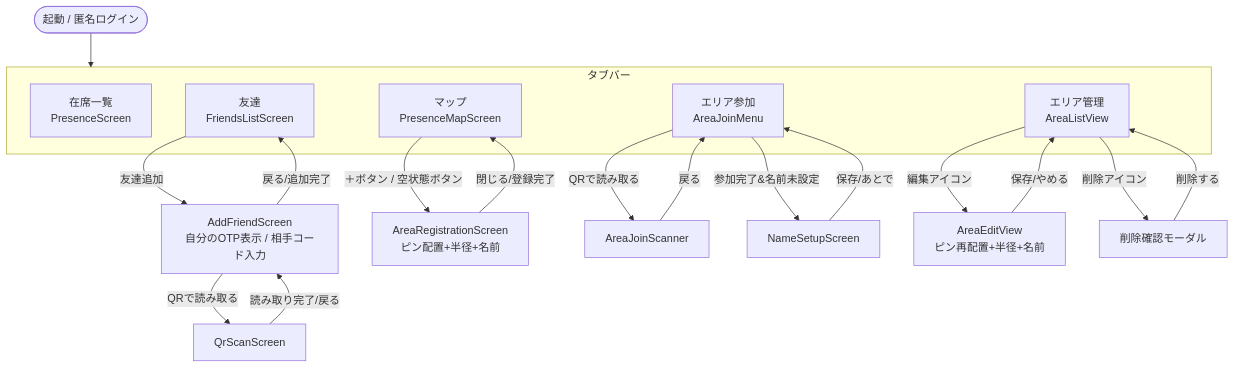
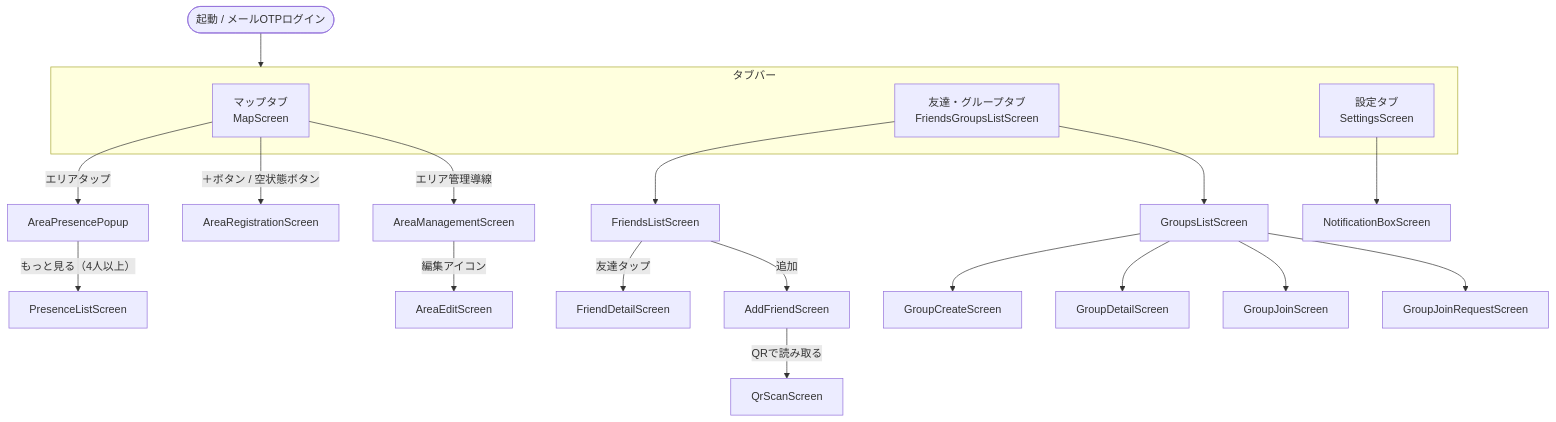
The diagram in docs/must-manual-test-checklist.md (ochi06/oruca), drawn with Mermaid before and after one commit. The commit also changed other lines of this file, not shown here.

````diff
--- a/docs/must-manual-test-checklist.md
+++ b/docs/must-manual-test-checklist.md
@@ -38,30 +69,28 @@
 ```mermaid
 flowchart TD
-  Start([起動 / 匿名ログイン]) --> Tabs
+  Start([起動 / メールOTPログイン]) --> Tabs
 
   subgraph Tabs[タブバー]
-    Presence[在席一覧<br/>PresenceScreen]
-    Friends[友達<br/>FriendsListScreen]
-    Map[マップ<br/>PresenceMapScreen]
-    Join[エリア参加<br/>AreaJoinMenu]
-    Manage[エリア管理<br/>AreaListView]
+    Map[マップタブ<br/>MapScreen]
+    FG[友達・グループタブ<br/>FriendsGroupsListScreen]
+    Settings[設定タブ<br/>SettingsScreen]
   end
 
-  Friends -- 友達追加 --> AddFriend[AddFriendScreen<br/>自分のOTP表示 / 相手コード入力]
+  Map -- エリアタップ --> Popup[AreaPresencePopup]
+  Popup -- もっと見る（4人以上） --> PresenceList[PresenceListScreen]
+  Map -- ＋ボタン / 空状態ボタン --> Register[AreaRegistrationScreen]
+  Map -- エリア管理導線 --> Manage[AreaManagementScreen]
+  Manage -- 編集アイコン --> Edit[AreaEditScreen]
+
+  FG --> FriendsList[FriendsListScreen]
+  FG --> GroupsList[GroupsListScreen]
+  FriendsList -- 友達タップ --> FriendDetail[FriendDetailScreen]
+  FriendsList -- 追加 --> AddFriend[AddFriendScreen]
   AddFriend -- QRで読み取る --> QrScan[QrScanScreen]
-  QrScan -- 読み取り完了/戻る --> AddFriend
-  AddFriend -- 戻る/追加完了 --> Friends
+  GroupsList --> GroupCreate[GroupCreateScreen]
+  GroupsList --> GroupDetail[GroupDetailScreen]
+  GroupsList --> GroupJoin[GroupJoinScreen]
+  GroupsList --> GroupJoinRequest[GroupJoinRequestScreen]
 
-  Map -- ＋ボタン / 空状態ボタン --> Register[AreaRegistrationScreen<br/>ピン配置+半径+名前]
-  Register -- 閉じる/登録完了 --> Map
-
-  Join -- QRで読み取る --> Scan[AreaJoinScanner]
-  Scan -- 戻る --> Join
-  Join -- 参加完了&名前未設定 --> SetName[NameSetupScreen]
-  SetName -- 保存/あとで --> Join
-
-  Manage -- 編集アイコン --> Edit[AreaEditView<br/>ピン再配置+半径+名前]
-  Edit -- 保存/やめる --> Manage
-  Manage -- 削除アイコン --> DeleteModal[削除確認モーダル]
-  DeleteModal -- 削除する --> Manage
+  Settings --> NotifBox[NotificationBoxScreen]
 ```
````
